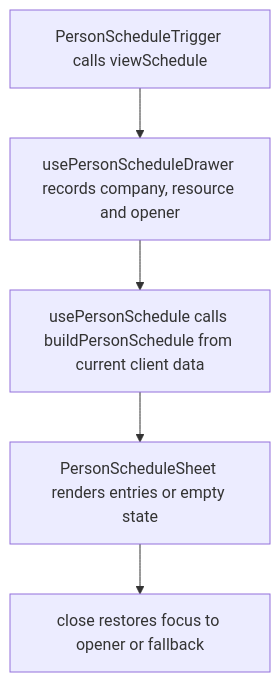
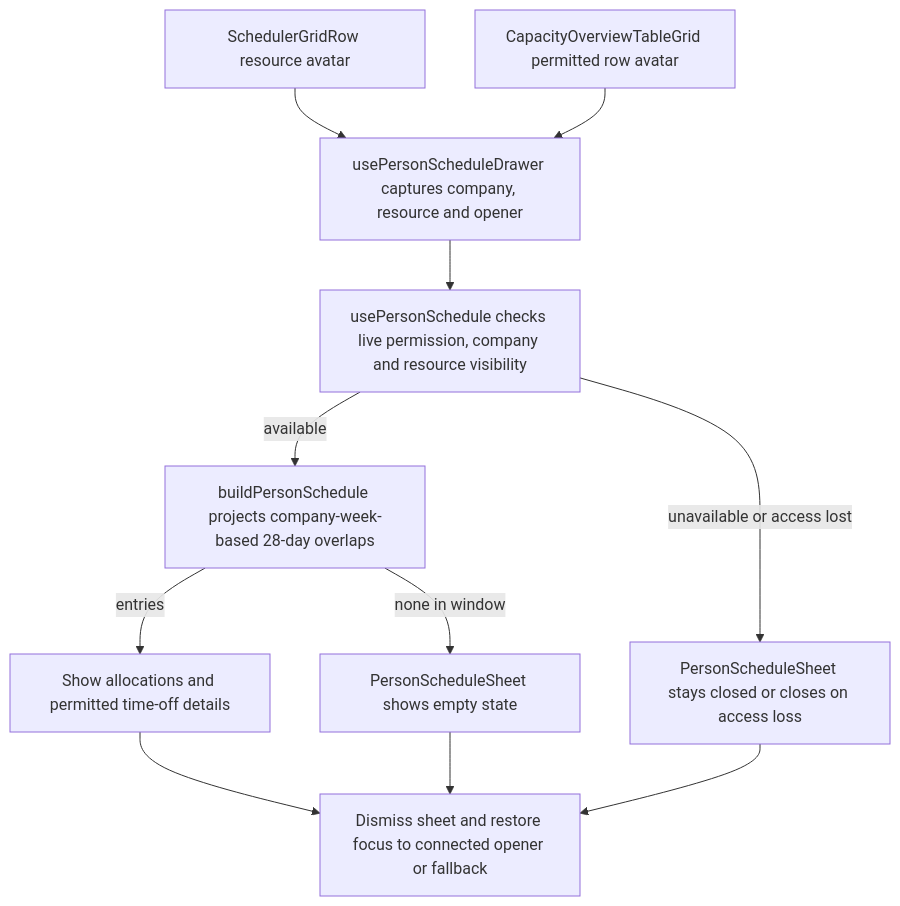
One commit to Kevinjohn/capacitylens changed the second of 2 diagrams in user-stories/scheduler/US-SCH-20-person-schedule-drawer.md. Above: the diagram before and after it, drawn with Mermaid. The commit also changed other lines of this file and 172 other files, not shown here.

Commit message:
docs: reconcile user story code flows with source

````diff
--- a/user-stories/scheduler/US-SCH-20-person-schedule-drawer.md
+++ b/user-stories/scheduler/US-SCH-20-person-schedule-drawer.md
@@ -33,7 +33,13 @@
 ```mermaid
 flowchart TD
-  A["PersonScheduleTrigger calls viewSchedule"] --> B["usePersonScheduleDrawer records company, resource and opener"]
-  B --> C["usePersonSchedule calls buildPersonSchedule from current client data"]
-  C --> D["PersonScheduleSheet renders entries or empty state"]
-  D --> E["close restores focus to opener or fallback"]
+  Schedule["SchedulerGridRow resource avatar"] --> Open["usePersonScheduleDrawer captures company, resource and opener"]
+  Overview["CapacityOverviewTableGrid permitted row avatar"] --> Open
+  Open --> Access["usePersonSchedule checks live permission, company and resource visibility"]
+  Access -->|available| Build["buildPersonSchedule projects company-week-based 28-day overlaps"]
+  Access -->|unavailable or access lost| Unavailable["PersonScheduleSheet stays closed or closes on access loss"]
+  Build -->|none in window| Empty["PersonScheduleSheet shows empty state"]
+  Build -->|entries| Rows["Show allocations and permitted time-off details"]
+  Rows --> Close["Dismiss sheet and restore focus to connected opener or fallback"]
+  Empty --> Close
+  Unavailable --> Close
 ```
````
